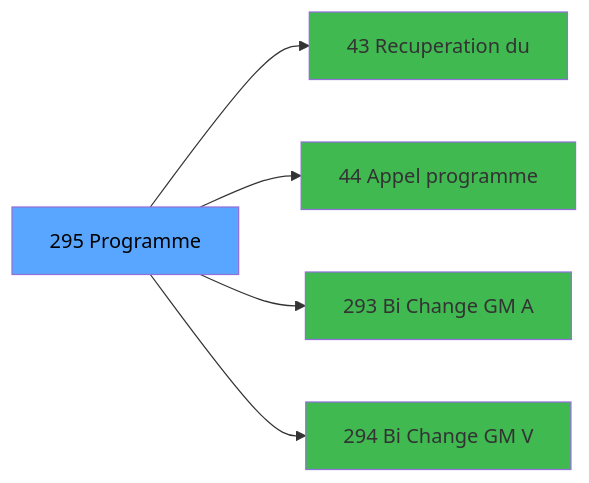
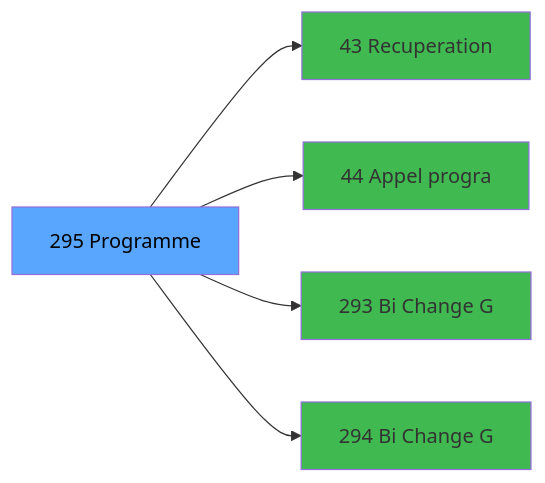
Before and after one commit to thonyAGP/magic-migration: the third of 3 diagrams in .openspec/specs/ADH-IDE-295.md, drawn with Mermaid. The commit also changed other lines of this file and 323 other files, not shown here.

````diff
--- a/.openspec/specs/ADH-IDE-295.md
+++ b/.openspec/specs/ADH-IDE-295.md
@@ -114,17 +126,17 @@
 ```mermaid
 graph LR
     T[295 Programme]
-    C43[43 Recuperation du]
+    C43[43 Recuperation]
     T --> C43
-    C44[44 Appel programme]
+    C44[44 Appel progra]
     T --> C44
-    C293[293 Bi  Change GM A]
+    C293[293 Bi  Change G]
     T --> C293
-    C294[294 Bi  Change GM V]
+    C294[294 Bi  Change G]
     T --> C294
     style T fill:#58a6ff,color:#000
     style C43 fill:#3fb950
     style C44 fill:#3fb950
     style C293 fill:#3fb950
     style C294 fill:#3fb950
 ```
````
